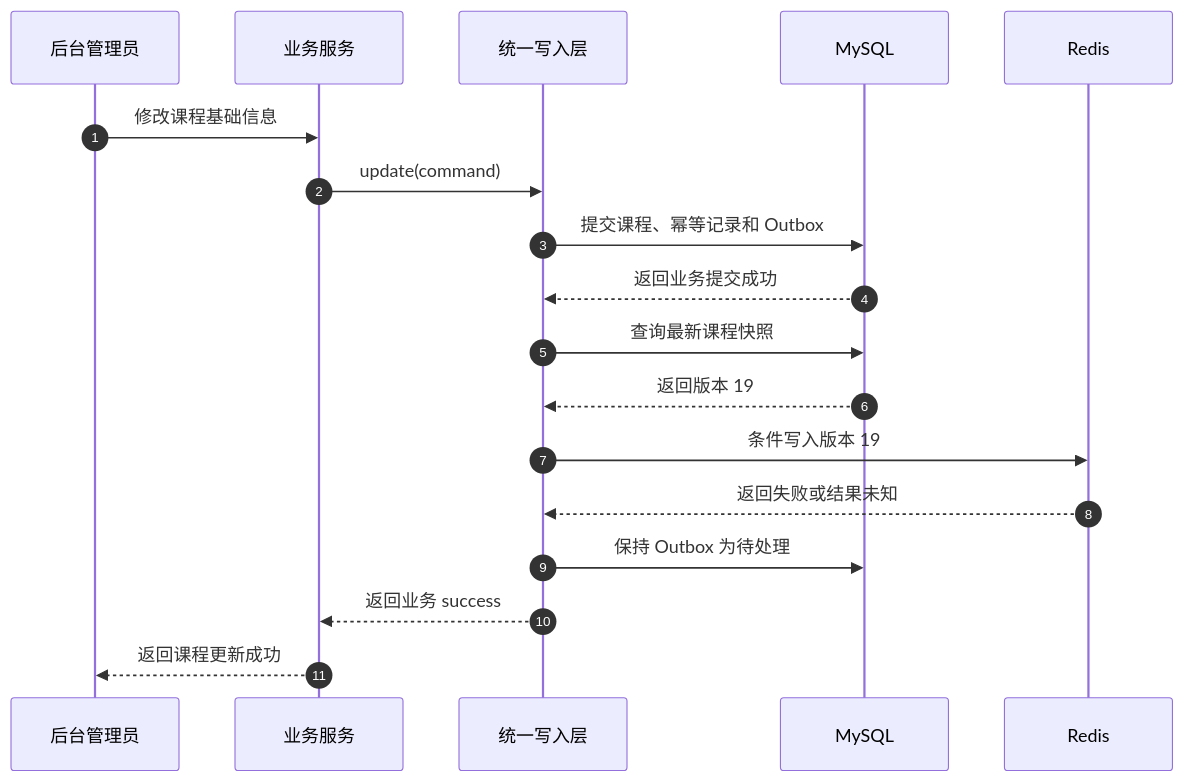
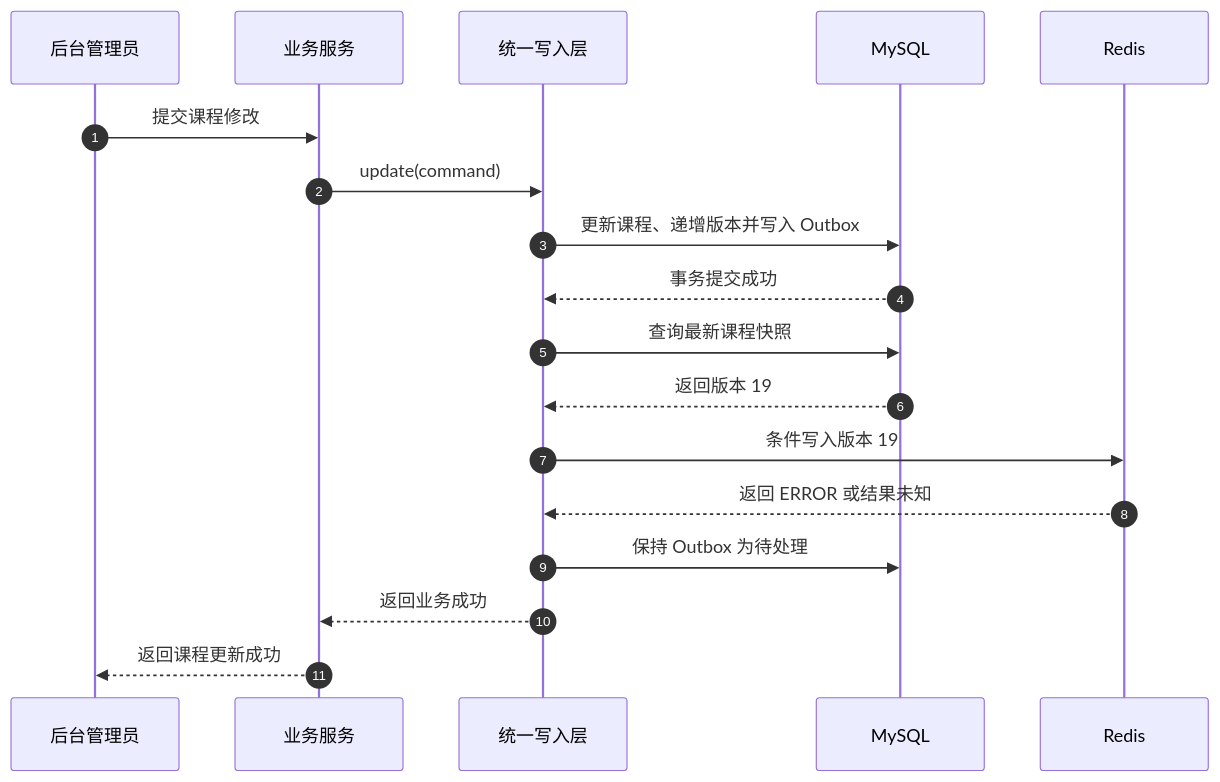
One commit to zdl20251023-pixel/agent-frame changed diagram 20 of 28 in docs/redis/126-redis-4种缓存模式-分享版-极简版.md. Above: the diagram before and after it, drawn with Mermaid. The commit also changed other lines of this file, not shown here.

Commit message:
redis 四大缓存模式 简化版本  简化3.3

````diff
--- a/docs/redis/126-redis-4种缓存模式-分享版-极简版.md
+++ b/docs/redis/126-redis-4种缓存模式-分享版-极简版.md
@@ -834,25 +933,26 @@
 ```mermaid
 sequenceDiagram
     autonumber
+
     participant Admin as 后台管理员
     participant Service as 业务服务
     participant Store as 统一写入层
     participant MySQL as MySQL
     participant Redis as Redis
 
-    Admin->>Service: 修改课程基础信息
+    Admin->>Service: 提交课程修改
     Service->>Store: update(command)
 
-    Store->>MySQL: 提交课程、幂等记录和 Outbox
-    MySQL-->>Store: 返回业务提交成功
+    Store->>MySQL: 更新课程、递增版本并写入 Outbox
+    MySQL-->>Store: 事务提交成功
 
     Store->>MySQL: 查询最新课程快照
     MySQL-->>Store: 返回版本 19
 
     Store->>Redis: 条件写入版本 19
-    Redis-->>Store: 返回失败或结果未知
+    Redis-->>Store: 返回 ERROR 或结果未知
 
     Store->>MySQL: 保持 Outbox 为待处理
-    Store-->>Service: 返回业务 success
+    Store-->>Service: 返回业务成功
     Service-->>Admin: 返回课程更新成功
 ```
````
